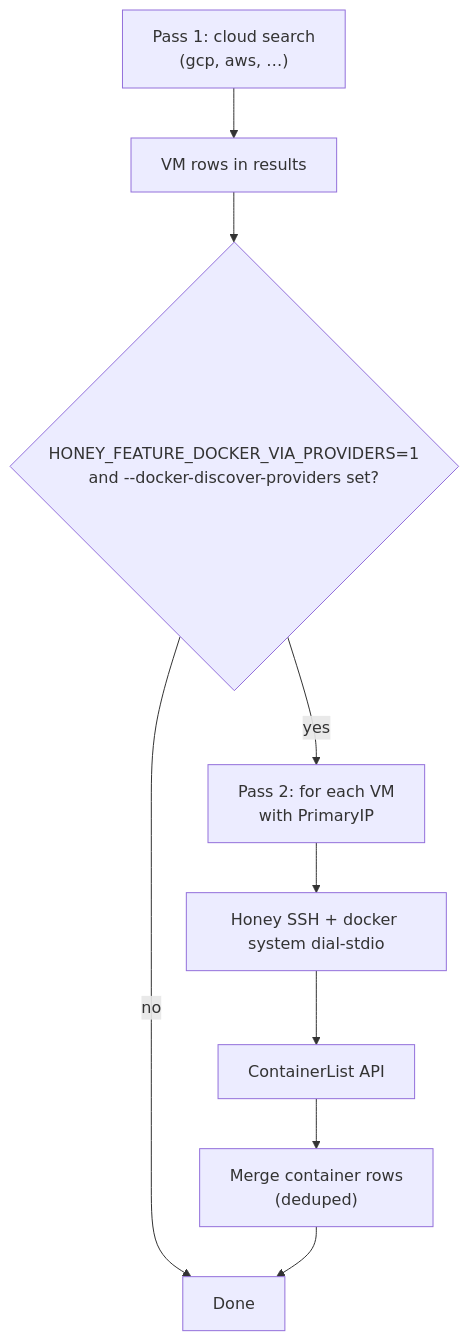
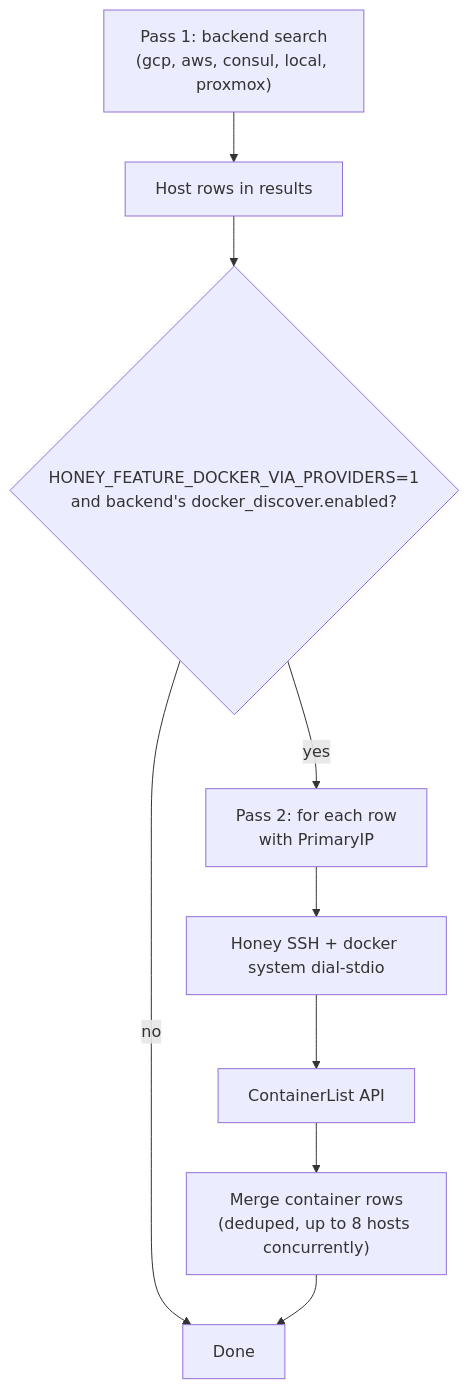
The diagram in website/docs/docker-auto-discover.md (Shareed2k/honey), drawn with Mermaid before and after one commit. The commit also changed other lines of this file and 223 other files, not shown here.

````diff
--- a/website/docs/docker-auto-discover.md
+++ b/website/docs/docker-auto-discover.md
@@ -13,11 +13,11 @@
 ```mermaid
 flowchart TD
-  A["Pass 1: cloud search\n(gcp, aws, …)"] --> B["VM rows in results"]
-  B --> C{"HONEY_FEATURE_DOCKER_VIA_PROVIDERS=1\nand --docker-discover-providers set?"}
+  A["Pass 1: backend search\n(gcp, aws, consul, local, proxmox)"] --> B["Host rows in results"]
+  B --> C{"HONEY_FEATURE_DOCKER_VIA_PROVIDERS=1\nand backend's docker_discover.enabled?"}
   C -->|no| D["Done"]
-  C -->|yes| E["Pass 2: for each VM\nwith PrimaryIP"]
+  C -->|yes| E["Pass 2: for each row\nwith PrimaryIP"]
   E --> F["Honey SSH + docker system dial-stdio"]
   F --> G["ContainerList API"]
-  G --> H["Merge container rows\n(deduped)"]
+  G --> H["Merge container rows\n(deduped, up to 8 hosts concurrently)"]
   H --> D
 ```
````
